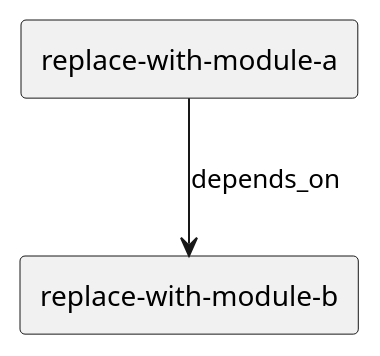
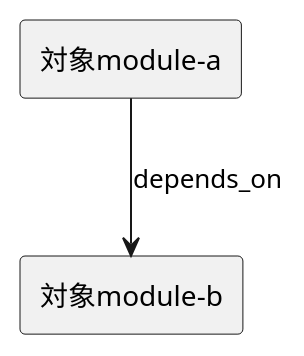
The diagram in src/spec_dock/assets/spec_dock/templates/issue/design.md (chemitaro/spec-dock), drawn with PlantUML before and after one commit. The commit also changed other lines of this file and 20 other files, not shown here.

````diff
--- a/src/spec_dock/assets/spec_dock/templates/issue/design.md
+++ b/src/spec_dock/assets/spec_dock/templates/issue/design.md
@@ -88,11 +88,11 @@
 ```plantuml
 @startuml
 top to bottom direction
 ' show module / class / file / function dependencies that affect implementation order
 ' do not copy Initiative/Epic diagrams
 
-rectangle "replace-with-module-a" as A
-rectangle "replace-with-module-b" as B
+rectangle "対象module-a" as A
+rectangle "対象module-b" as B
 A --> B : depends_on
 @enduml
 ```
````
